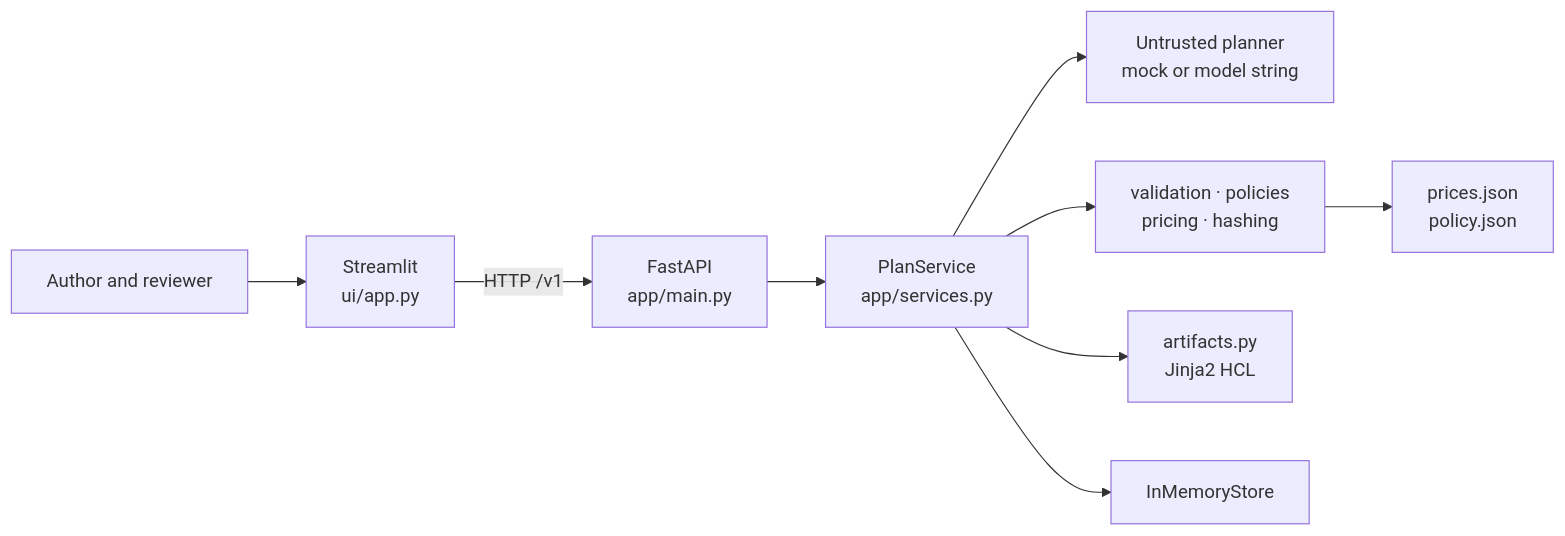
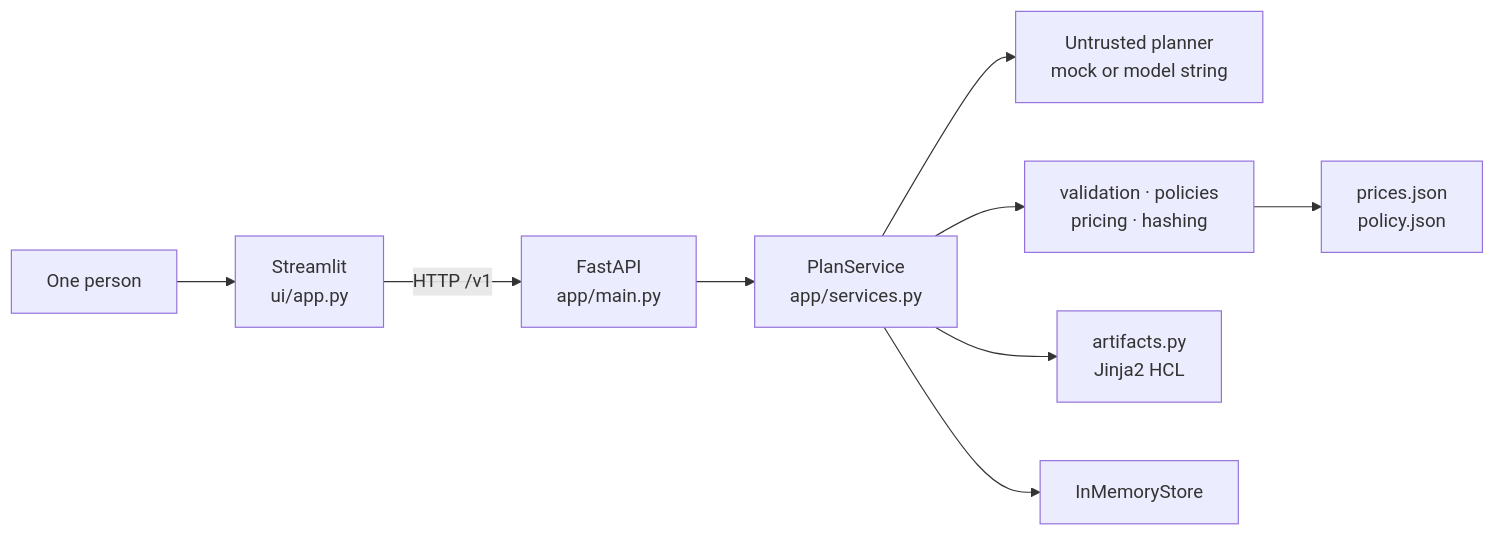
The first of 3 diagrams in README.md (maharatha/Prompt2Provisioning), drawn with Mermaid before and after one commit. The commit also changed other lines of this file and 2 other files, not shown here.

Commit message:
State that one person uses the prototype and that plans and API keys stay in process memory, with no database.

````diff
--- a/README.md
+++ b/README.md
@@ -227,11 +243,11 @@
 ```mermaid
 flowchart LR
-  Author["Author and reviewer"] --> UI["Streamlit\nui/app.py"]
+  Person["One person"] --> UI["Streamlit\nui/app.py"]
   UI -->|"HTTP /v1"| API["FastAPI\napp/main.py"]
   API --> Svc["PlanService\napp/services.py"]
   Svc --> Planner["Untrusted planner\nmock or model string"]
   Svc --> Det["validation · policies\npricing · hashing"]
   Svc --> Art["artifacts.py\nJinja2 HCL"]
   Svc --> Store["InMemoryStore"]
   Det --> Catalog["prices.json\npolicy.json"]
 ```
````
